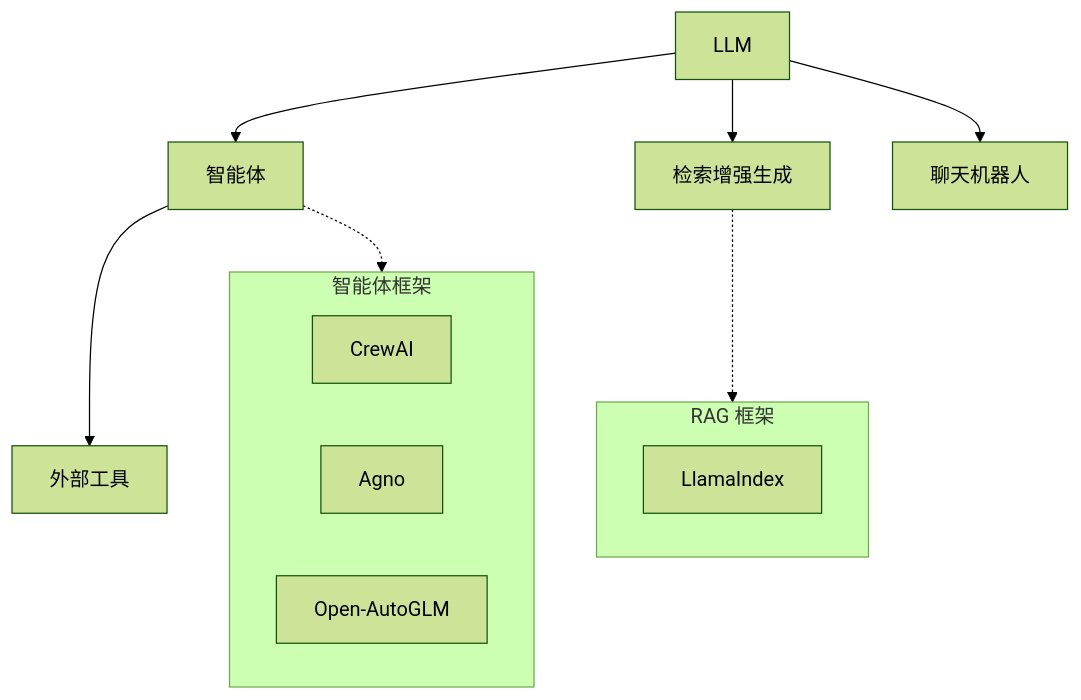
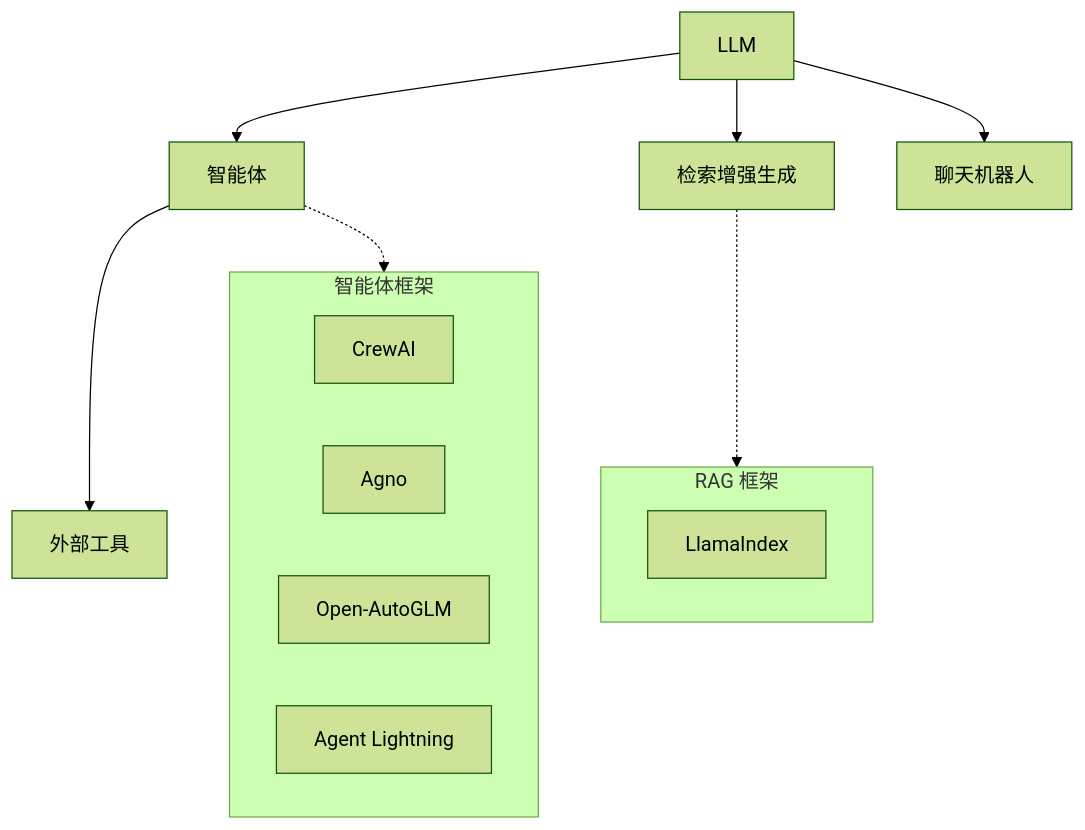
One commit to cruldra/notes3 changed the fourth of 6 diagrams in docs/AI/llm_graph.md. Above: the diagram before and after it, drawn with Mermaid (forest theme). The commit also changed other lines of this file and 12 other files, not shown here.

````diff
--- a/docs/AI/llm_graph.md
+++ b/docs/AI/llm_graph.md
@@ -132,20 +132,21 @@
 ```mermaid
 graph TD
     LLM --> Agent[智能体]
     LLM --> RAG[检索增强生成]
     LLM --> Chatbot[聊天机器人]
     Agent --> Tools[外部工具]
     
     subgraph AgentFrameworks [智能体框架]
         CrewAI
         Agno
         OpenAutoGLM[Open-AutoGLM]
+        AgentLightning[Agent Lightning]
     end
     
     subgraph RAGFrameworks [RAG 框架]
         LlamaIndex
     end
     
     Agent -.-> AgentFrameworks
     RAG -.-> RAGFrameworks
 ```
````
